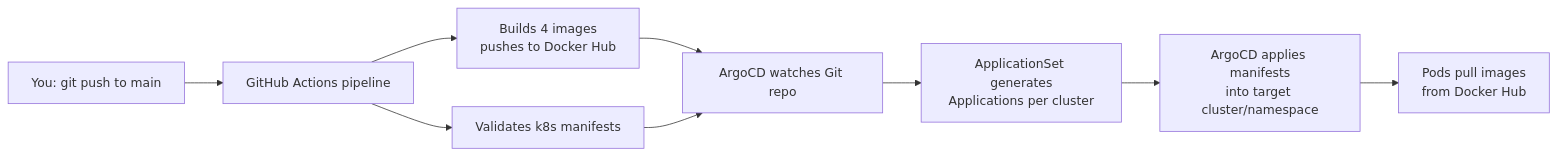
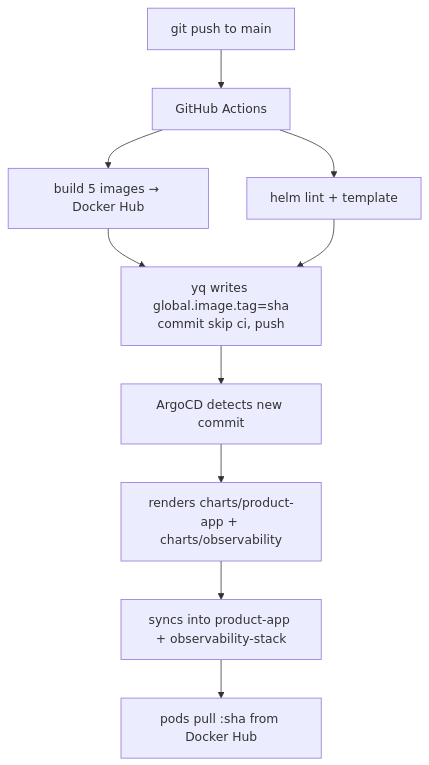
One commit to princewillopah/product-app changed the second of 2 diagrams in docs/github-action-pipeline.md. Above: the diagram before and after it, drawn with Mermaid. The commit also changed other lines of this file and 3 other files, not shown here.

First line of the commit message:
docs: rewrite all docs for the pure ArgoCD + Helm + Docker Hub setup

````diff
--- a/docs/github-action-pipeline.md
+++ b/docs/github-action-pipeline.md
@@ -396,11 +325,12 @@
 ```mermaid
-flowchart LR
-    A[You: git push to main] --> B[GitHub Actions pipeline]
-    B --> C[Builds 4 images<br/>pushes to Docker Hub]
-    B --> D[Validates k8s manifests]
-    C --> E[ArgoCD watches Git repo]
+flowchart TD
+    A[git push to main] --> B[GitHub Actions]
+    B --> C[build 5 images → Docker Hub]
+    B --> D[helm lint + template]
+    C --> E[yq writes global.image.tag=sha<br/>commit skip ci, push]
     D --> E
-    E --> F[ApplicationSet generates<br/>Applications per cluster]
-    F --> G[ArgoCD applies manifests<br/>into target cluster/namespace]
-    G --> H[Pods pull images<br/>from Docker Hub]
+    E --> F[ArgoCD detects new commit]
+    F --> G[renders charts/product-app + charts/observability]
+    G --> H[syncs into product-app + observability-stack]
+    H --> I[pods pull :sha from Docker Hub]
 ```
````
